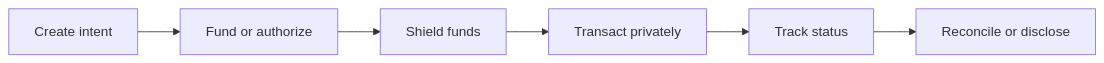
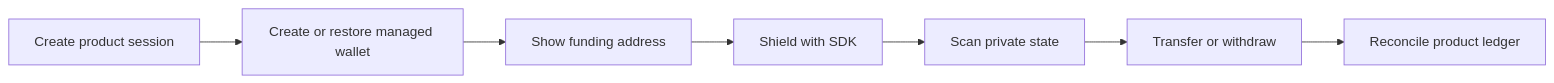
One commit to Polynom-Labs/docs changed the diagram in get-started/integration-model.mdx. Above: the diagram before and after it, drawn with Mermaid. The commit also changed other lines of this file and 32 other files, not shown here.

````diff
--- a/get-started/integration-model.mdx
+++ b/get-started/integration-model.mdx
@@ -12,15 +14,17 @@
 ```mermaid
 flowchart LR
-  intent["Create intent"]
-  fund["Fund or authorize"]
-  shield["Shield funds"]
-  transact["Transact privately"]
-  track["Track status"]
-  disclose["Reconcile or disclose"]
+  session["Create product session"]
+  wallet["Create or restore managed wallet"]
+  fund["Show funding address"]
+  shield["Shield with SDK"]
+  scan["Scan private state"]
+  act["Transfer or withdraw"]
+  reconcile["Reconcile product ledger"]
 
-  intent --> fund
+  session --> wallet
+  wallet --> fund
   fund --> shield
-  shield --> transact
-  transact --> track
-  track --> disclose
+  shield --> scan
+  scan --> act
+  act --> reconcile
 ```
````
